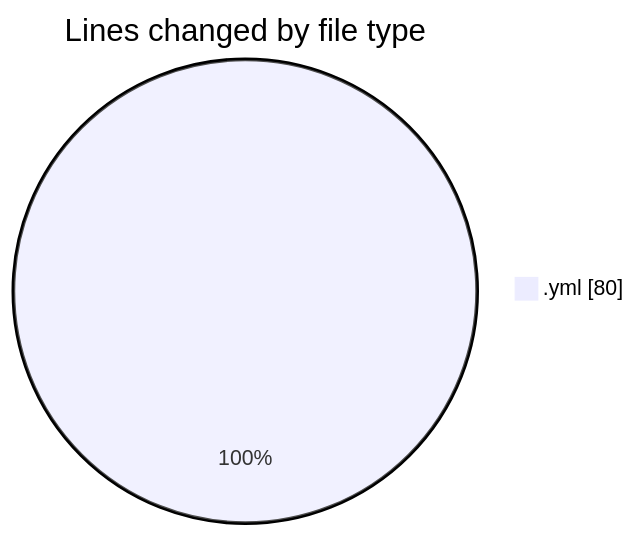
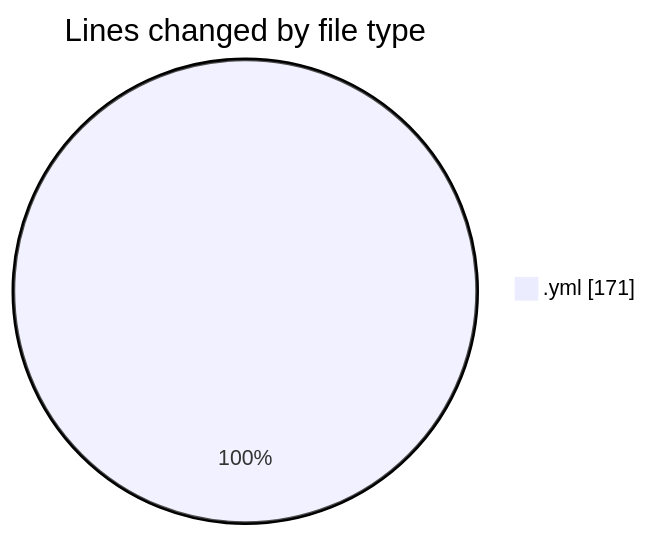
Before and after one commit to Netris89/code-tracking: the first of 2 diagrams in 2025-04-23/back-end/README.md, drawn with Mermaid. The commit also changed other lines of this file and 1 other file, not shown here.

````diff
--- a/2025-04-23/back-end/README.md
+++ b/2025-04-23/back-end/README.md
@@ -20,5 +22,5 @@
 ```mermaid
 pie showData
 title Lines changed by file type
-".yml" : 80
+".yml" : 171
 ```
````
